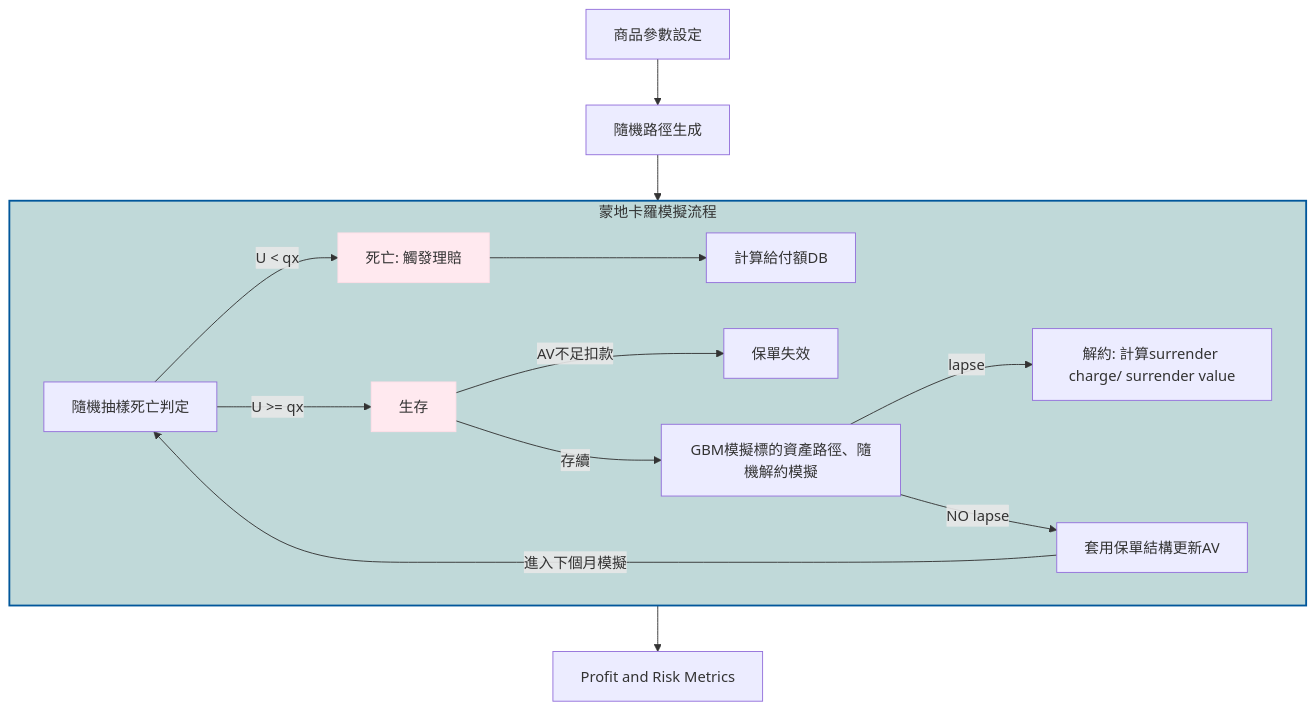
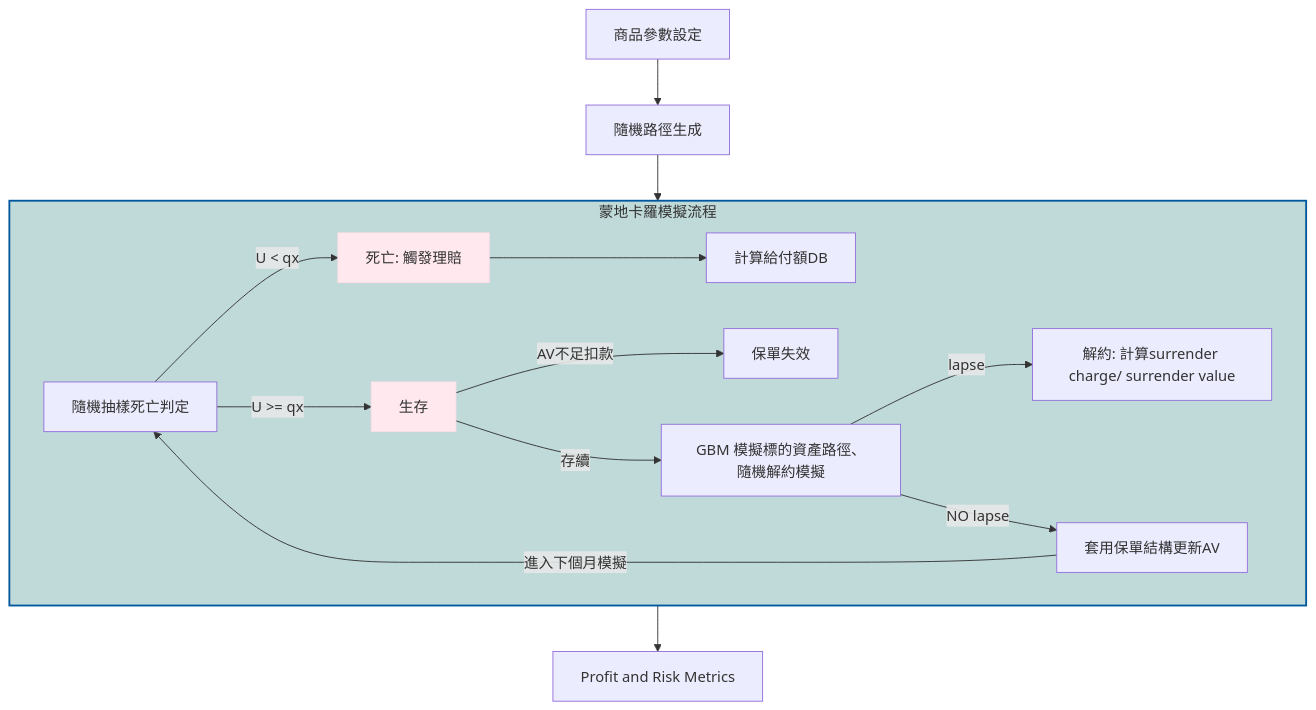
The diagram in README.md (Kai-Yun-Chang/Unit-Linked-Lapse-PV-Simulation), drawn with Mermaid before and after one commit. The commit also changed other lines of this file, not shown here.

````diff
--- a/README.md
+++ b/README.md
@@ -35,23 +35,23 @@
 ```mermaid
 graph TD
     %% 主流程
     Input[商品參數設定] --> stochastic[隨機路徑生成]
     stochastic --> Simulation[蒙地卡羅模擬流程]
     Simulation  --> Result[Profit and Risk Metrics]
 
     %% 蒙地卡羅詳細步驟 (子圖)
     subgraph Simulation [蒙地卡羅模擬流程]
         S1[隨機抽樣死亡判定] -->|U < qx| Dead[死亡: 觸發理賠]
         S1 -->|U >= qx| Alive[生存]
         Dead --> DB[計算給付額DB]
         Alive --> |AV不足扣款| Lapse[保單失效]
-        Alive --> |存續|S2[GBM模擬標的資產路徑、隨機解約模擬]
+        Alive --> |存續|S2[GBM 模擬標的資產路徑、隨機解約模擬]
         S2 --> |lapse| Lapse2[解約: 計算surrender charge/ surrender value]
         S2 --> |NO lapse|S3[套用保單結構更新AV]
         S3 --> |進入下個月模擬| S1
     end
 
     style Dead fill:#ffe9ef,stroke:#ffdee7
     style Alive fill:#ffe9ef,stroke:#ffdee7
     style Simulation fill:#c0d9d9,stroke:#01579b,stroke-width:2px
 ```
````
